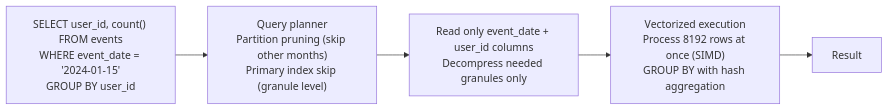
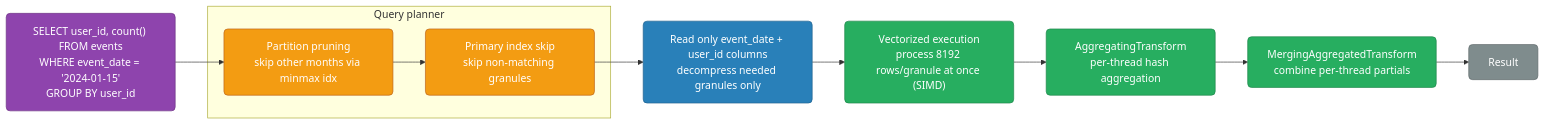
Before and after one commit to deepanshu-rawat6/DevOpsIndex: the third of 6 diagrams in databases/clickhouse-internals.md, drawn with Mermaid. The commit also changed other lines of this file and 7 other files, not shown here.

````diff
--- a/databases/clickhouse-internals.md
+++ b/databases/clickhouse-internals.md
@@ -77,7 +176,20 @@
 ```mermaid
 graph LR
-    QUERY2["SELECT user_id, count() FROM events<br>WHERE event_date = '2024-01-15'<br>GROUP BY user_id"] --> PLAN
-    PLAN["Query planner<br>Partition pruning (skip other months)<br>Primary index skip (granule level)"] --> READ
-    READ["Read only event_date + user_id columns<br>Decompress needed granules only"] --> EXEC
-    EXEC["Vectorized execution<br>Process 8192 rows at once (SIMD)<br>GROUP BY with hash aggregation"] --> RESULT["Result"]
+    classDef inputs fill:#8e44ad,stroke:#6c3483,color:#fff,rx:6
+    classDef plan fill:#f39c12,stroke:#ba6018,color:#fff,rx:6
+    classDef io fill:#2980b9,stroke:#1f618d,color:#fff,rx:6
+    classDef exec fill:#27ae60,stroke:#1e8449,color:#fff,rx:6
+    classDef out fill:#7f8c8d,stroke:#616a6b,color:#fff,rx:6
+
+    QUERY2["SELECT user_id, count() FROM events<br/>WHERE event_date = '2024-01-15'<br/>GROUP BY user_id"]:::inputs --> PLAN
+
+    subgraph PLANNING["Query planner"]
+        PLAN["Partition pruning<br/>skip other months via minmax idx"]:::plan --> SKIP["Primary index skip<br/>skip non-matching granules"]:::plan
+    end
+
+    SKIP --> READ["Read only event_date + user_id columns<br/>decompress needed granules only"]:::io
+    READ --> VEC["Vectorized execution<br/>process 8192 rows/granule at once (SIMD)"]:::exec
+    VEC --> AGG["AggregatingTransform<br/>per-thread hash aggregation"]:::exec
+    AGG --> MERGEAGG["MergingAggregatedTransform<br/>combine per-thread partials"]:::exec
+    MERGEAGG --> RESULT["Result"]:::out
 ```
````
